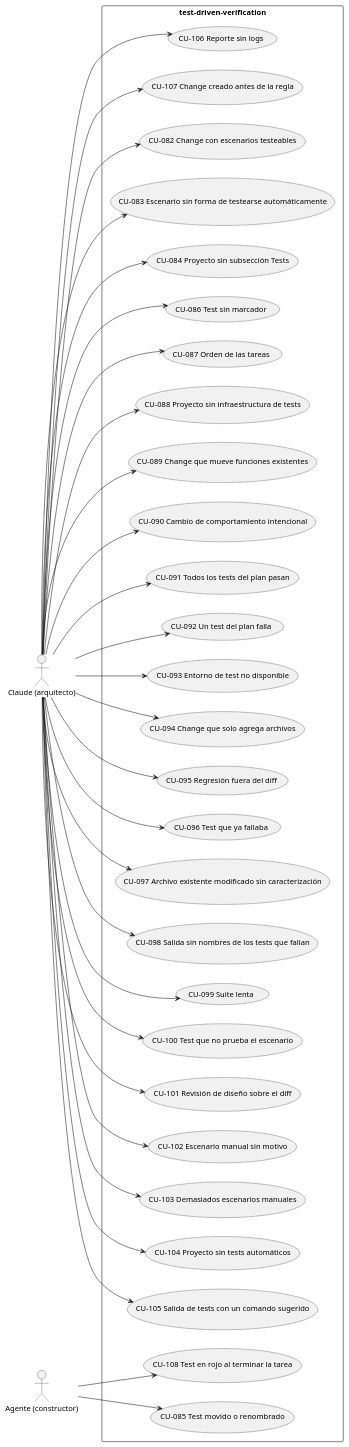
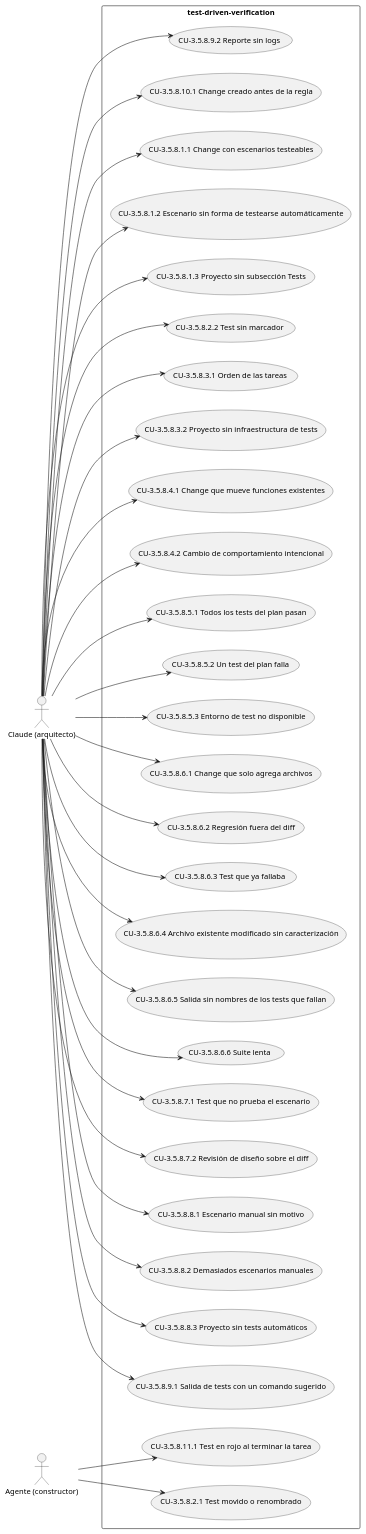
The eighth of 10 diagrams in docs/srs.md (Lautaro-Montecchiani/sdd-global-config), drawn with PlantUML before and after one commit. The commit also changed other lines of this file and 1 other file, not shown here.

First line of the commit message:
docs: regenerar SRS con spec-purpose

````diff
--- a/docs/srs.md
+++ b/docs/srs.md
@@ -898,63 +900,63 @@
 ```plantuml
 @startuml
 left to right direction
 actor "Claude (arquitecto)" as A1
 actor "Agente (constructor)" as A2
 rectangle "test-driven-verification" {
-  usecase "CU-082 Change con escenarios testeables" as CU082
-  usecase "CU-083 Escenario sin forma de testearse automáticamente" as CU083
-  usecase "CU-084 Proyecto sin subsección Tests" as CU084
-  usecase "CU-085 Test movido o renombrado" as CU085
-  usecase "CU-086 Test sin marcador" as CU086
-  usecase "CU-087 Orden de las tareas" as CU087
-  usecase "CU-088 Proyecto sin infraestructura de tests" as CU088
-  usecase "CU-089 Change que mueve funciones existentes" as CU089
-  usecase "CU-090 Cambio de comportamiento intencional" as CU090
-  usecase "CU-091 Todos los tests del plan pasan" as CU091
-  usecase "CU-092 Un test del plan falla" as CU092
-  usecase "CU-093 Entorno de test no disponible" as CU093
-  usecase "CU-094 Change que solo agrega archivos" as CU094
-  usecase "CU-095 Regresión fuera del diff" as CU095
-  usecase "CU-096 Test que ya fallaba" as CU096
-  usecase "CU-097 Archivo existente modificado sin caracterización" as CU097
-  usecase "CU-098 Salida sin nombres de los tests que fallan" as CU098
-  usecase "CU-099 Suite lenta" as CU099
-  usecase "CU-100 Test que no prueba el escenario" as CU100
-  usecase "CU-101 Revisión de diseño sobre el diff" as CU101
-  usecase "CU-102 Escenario manual sin motivo" as CU102
-  usecase "CU-103 Demasiados escenarios manuales" as CU103
-  usecase "CU-104 Proyecto sin tests automáticos" as CU104
-  usecase "CU-105 Salida de tests con un comando sugerido" as CU105
-  usecase "CU-106 Reporte sin logs" as CU106
-  usecase "CU-107 Change creado antes de la regla" as CU107
-  usecase "CU-108 Test en rojo al terminar la tarea" as CU108
+  usecase "CU-3.5.8.1.1 Change con escenarios testeables" as UC_3_5_8_1_1
+  usecase "CU-3.5.8.1.2 Escenario sin forma de testearse automáticamente" as UC_3_5_8_1_2
+  usecase "CU-3.5.8.1.3 Proyecto sin subsección Tests" as UC_3_5_8_1_3
+  usecase "CU-3.5.8.2.1 Test movido o renombrado" as UC_3_5_8_2_1
+  usecase "CU-3.5.8.2.2 Test sin marcador" as UC_3_5_8_2_2
+  usecase "CU-3.5.8.3.1 Orden de las tareas" as UC_3_5_8_3_1
+  usecase "CU-3.5.8.3.2 Proyecto sin infraestructura de tests" as UC_3_5_8_3_2
+  usecase "CU-3.5.8.4.1 Change que mueve funciones existentes" as UC_3_5_8_4_1
+  usecase "CU-3.5.8.4.2 Cambio de comportamiento intencional" as UC_3_5_8_4_2
+  usecase "CU-3.5.8.5.1 Todos los tests del plan pasan" as UC_3_5_8_5_1
+  usecase "CU-3.5.8.5.2 Un test del plan falla" as UC_3_5_8_5_2
+  usecase "CU-3.5.8.5.3 Entorno de test no disponible" as UC_3_5_8_5_3
+  usecase "CU-3.5.8.6.1 Change que solo agrega archivos" as UC_3_5_8_6_1
+  usecase "CU-3.5.8.6.2 Regresión fuera del diff" as UC_3_5_8_6_2
+  usecase "CU-3.5.8.6.3 Test que ya fallaba" as UC_3_5_8_6_3
+  usecase "CU-3.5.8.6.4 Archivo existente modificado sin caracterización" as UC_3_5_8_6_4
+  usecase "CU-3.5.8.6.5 Salida sin nombres de los tests que fallan" as UC_3_5_8_6_5
+  usecase "CU-3.5.8.6.6 Suite lenta" as UC_3_5_8_6_6
+  usecase "CU-3.5.8.7.1 Test que no prueba el escenario" as UC_3_5_8_7_1
+  usecase "CU-3.5.8.7.2 Revisión de diseño sobre el diff" as UC_3_5_8_7_2
+  usecase "CU-3.5.8.8.1 Escenario manual sin motivo" as UC_3_5_8_8_1
+  usecase "CU-3.5.8.8.2 Demasiados escenarios manuales" as UC_3_5_8_8_2
+  usecase "CU-3.5.8.8.3 Proyecto sin tests automáticos" as UC_3_5_8_8_3
+  usecase "CU-3.5.8.9.1 Salida de tests con un comando sugerido" as UC_3_5_8_9_1
+  usecase "CU-3.5.8.9.2 Reporte sin logs" as UC_3_5_8_9_2
+  usecase "CU-3.5.8.10.1 Change creado antes de la regla" as UC_3_5_8_10_1
+  usecase "CU-3.5.8.11.1 Test en rojo al terminar la tarea" as UC_3_5_8_11_1
 }
-A1 --> CU082
-A1 --> CU083
-A1 --> CU084
-A2 --> CU085
-A1 --> CU086
-A1 --> CU087
-A1 --> CU088
-A1 --> CU089
-A1 --> CU090
-A1 --> CU091
-A1 --> CU092
-A1 --> CU093
-A1 --> CU094
-A1 --> CU095
-A1 --> CU096
-A1 --> CU097
-A1 --> CU098
-A1 --> CU099
-A1 --> CU100
-A1 --> CU101
-A1 --> CU102
-A1 --> CU103
-A1 --> CU104
-A1 --> CU105
-A1 --> CU106
-A1 --> CU107
-A2 --> CU108
+A1 --> UC_3_5_8_1_1
+A1 --> UC_3_5_8_1_2
+A1 --> UC_3_5_8_1_3
+A2 --> UC_3_5_8_2_1
+A1 --> UC_3_5_8_2_2
+A1 --> UC_3_5_8_3_1
+A1 --> UC_3_5_8_3_2
+A1 --> UC_3_5_8_4_1
+A1 --> UC_3_5_8_4_2
+A1 --> UC_3_5_8_5_1
+A1 --> UC_3_5_8_5_2
+A1 --> UC_3_5_8_5_3
+A1 --> UC_3_5_8_6_1
+A1 --> UC_3_5_8_6_2
+A1 --> UC_3_5_8_6_3
+A1 --> UC_3_5_8_6_4
+A1 --> UC_3_5_8_6_5
+A1 --> UC_3_5_8_6_6
+A1 --> UC_3_5_8_7_1
+A1 --> UC_3_5_8_7_2
+A1 --> UC_3_5_8_8_1
+A1 --> UC_3_5_8_8_2
+A1 --> UC_3_5_8_8_3
+A1 --> UC_3_5_8_9_1
+A1 --> UC_3_5_8_9_2
+A1 --> UC_3_5_8_10_1
+A2 --> UC_3_5_8_11_1
 @enduml
 ```
````
